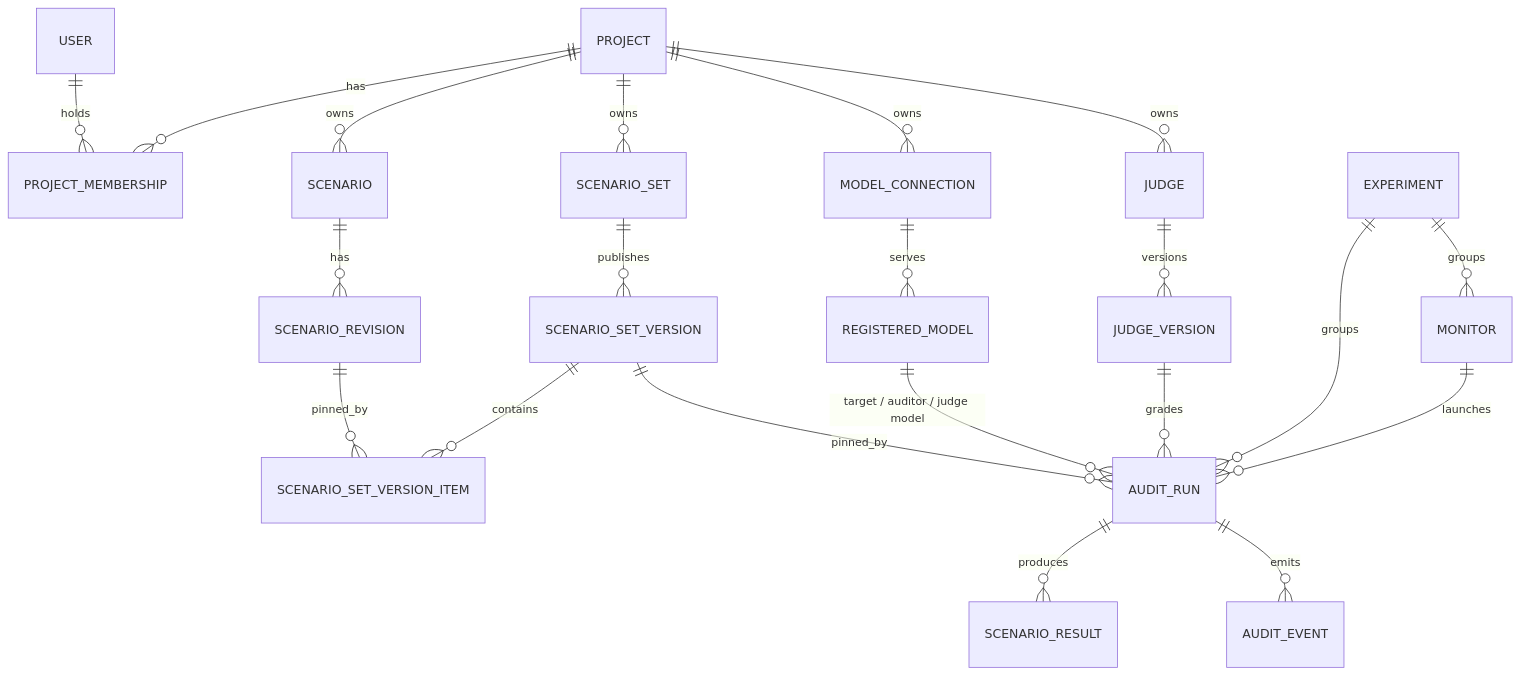
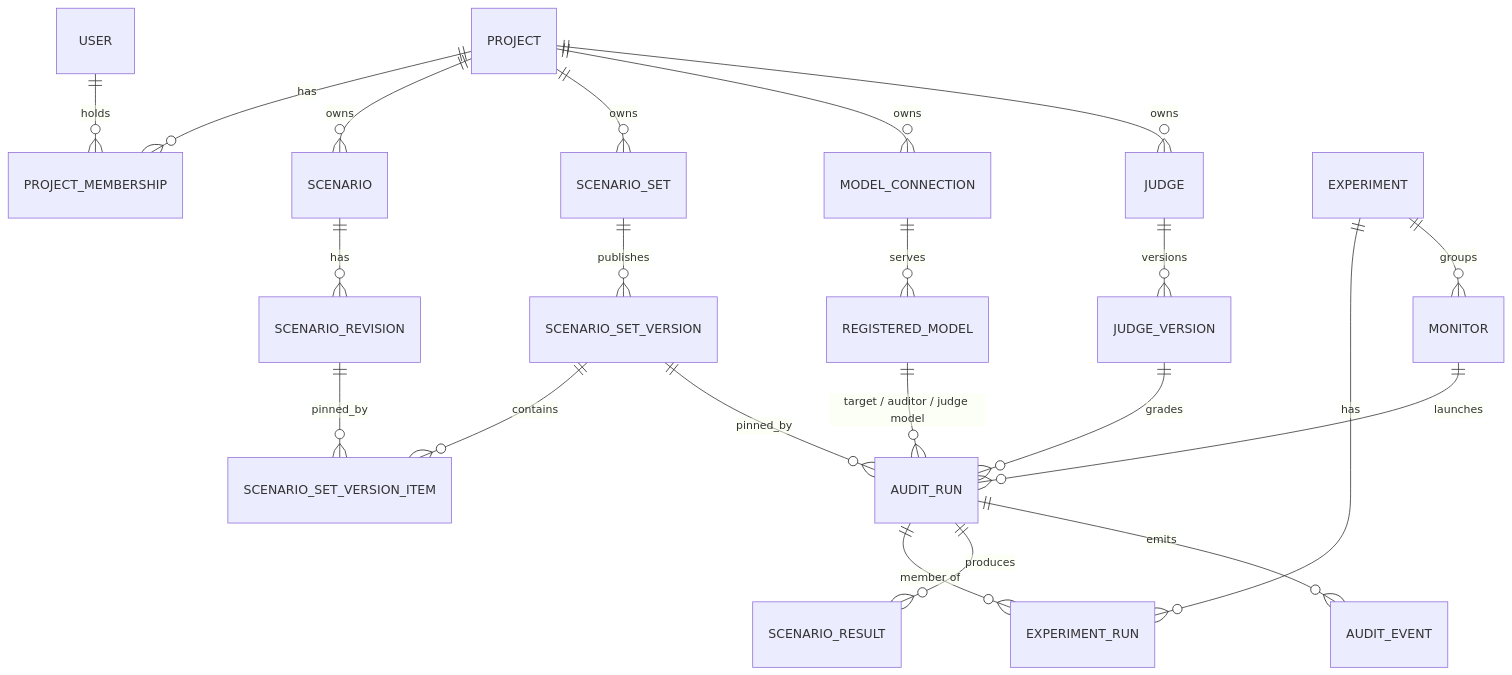
The diagram in docs/domain-model.md (SimulaMet/SimpleAuditStudio), drawn with Mermaid before and after one commit. The commit also changed other lines of this file and 19 other files, not shown here.

````diff
--- a/docs/domain-model.md
+++ b/docs/domain-model.md
@@ -16,23 +16,24 @@
 ```mermaid
 erDiagram
     PROJECT ||--o{ PROJECT_MEMBERSHIP : has
     USER ||--o{ PROJECT_MEMBERSHIP : holds
     PROJECT ||--o{ SCENARIO : owns
     PROJECT ||--o{ SCENARIO_SET : owns
     PROJECT ||--o{ MODEL_CONNECTION : owns
     SCENARIO ||--o{ SCENARIO_REVISION : has
     SCENARIO_SET ||--o{ SCENARIO_SET_VERSION : publishes
     SCENARIO_SET_VERSION ||--o{ SCENARIO_SET_VERSION_ITEM : contains
     SCENARIO_REVISION ||--o{ SCENARIO_SET_VERSION_ITEM : pinned_by
     MODEL_CONNECTION ||--o{ REGISTERED_MODEL : serves
     PROJECT ||--o{ JUDGE : owns
     JUDGE ||--o{ JUDGE_VERSION : versions
     REGISTERED_MODEL ||--o{ AUDIT_RUN : "target / auditor / judge model"
     JUDGE_VERSION ||--o{ AUDIT_RUN : grades
     SCENARIO_SET_VERSION ||--o{ AUDIT_RUN : pinned_by
-    EXPERIMENT ||--o{ AUDIT_RUN : groups
+    EXPERIMENT ||--o{ EXPERIMENT_RUN : has
+    AUDIT_RUN ||--o{ EXPERIMENT_RUN : "member of"
     EXPERIMENT ||--o{ MONITOR : groups
     MONITOR ||--o{ AUDIT_RUN : launches
     AUDIT_RUN ||--o{ SCENARIO_RESULT : produces
     AUDIT_RUN ||--o{ AUDIT_EVENT : emits
 ```
````
